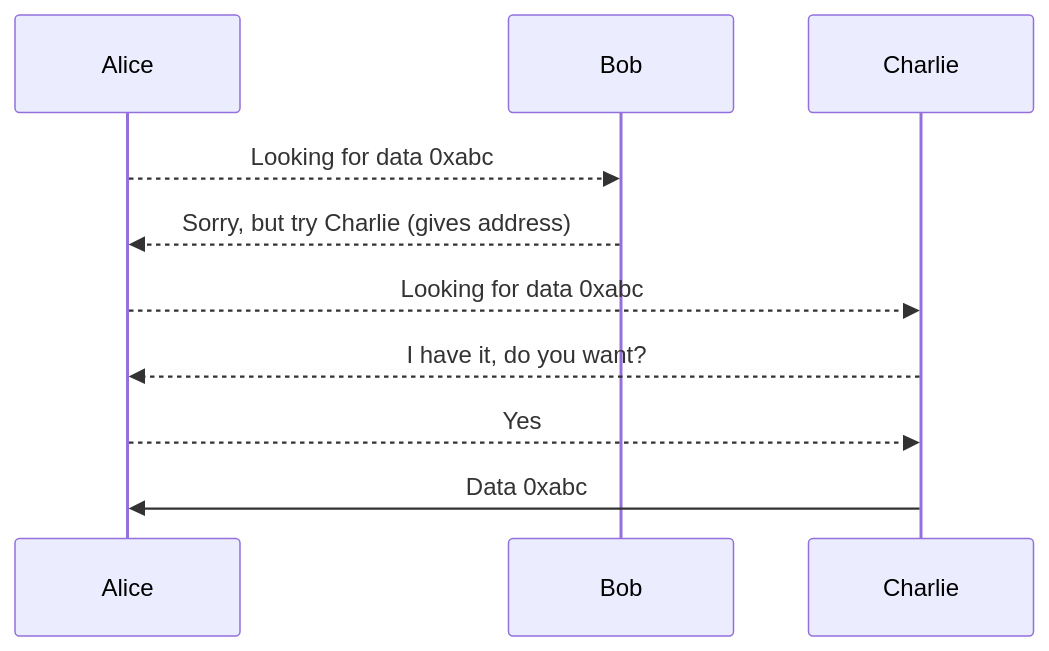
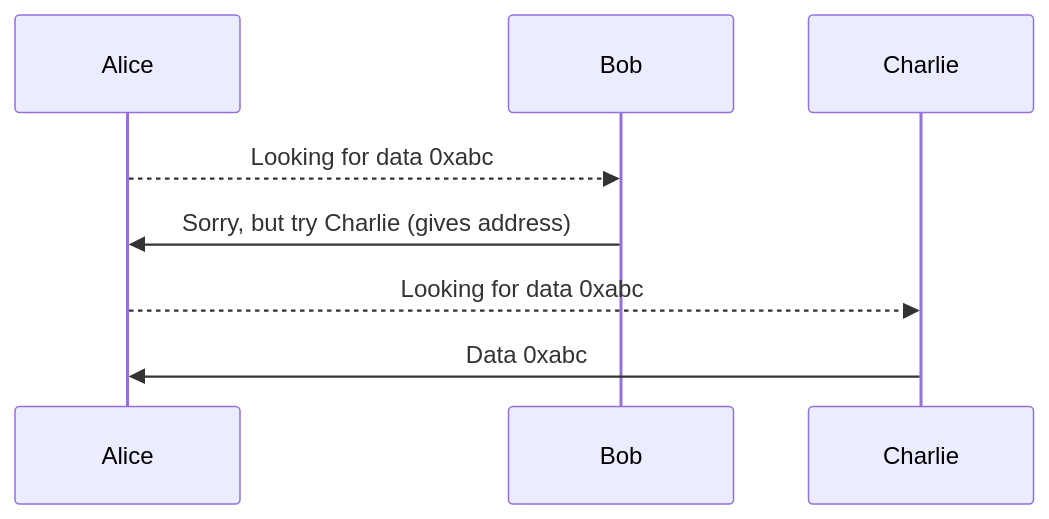
The fourth of 5 diagrams in book/src/introduction/portal_network.md (ethereum/trin), drawn with Mermaid before and after one commit. The commit also changed other lines of this file and 6 other files, not shown here.

First line of the commit message:
docs: add quickstart, dark mermaid theme, etc

````diff
--- a/book/src/introduction/portal_network.md
+++ b/book/src/introduction/portal_network.md
@@ -57,9 +57,7 @@
 ```mermaid
 sequenceDiagram
     Alice-->>Bob: Looking for data 0xabc
-    Bob-->>Alice: Sorry, but try Charlie (gives address)
+    Bob->>Alice: Sorry, but try Charlie (gives address)
     Alice-->>Charlie: Looking for data 0xabc
-    Charlie-->>Alice: I have it, do you want?
-    Alice-->>Charlie: Yes
     Charlie->>Alice: Data 0xabc
 ```
````
